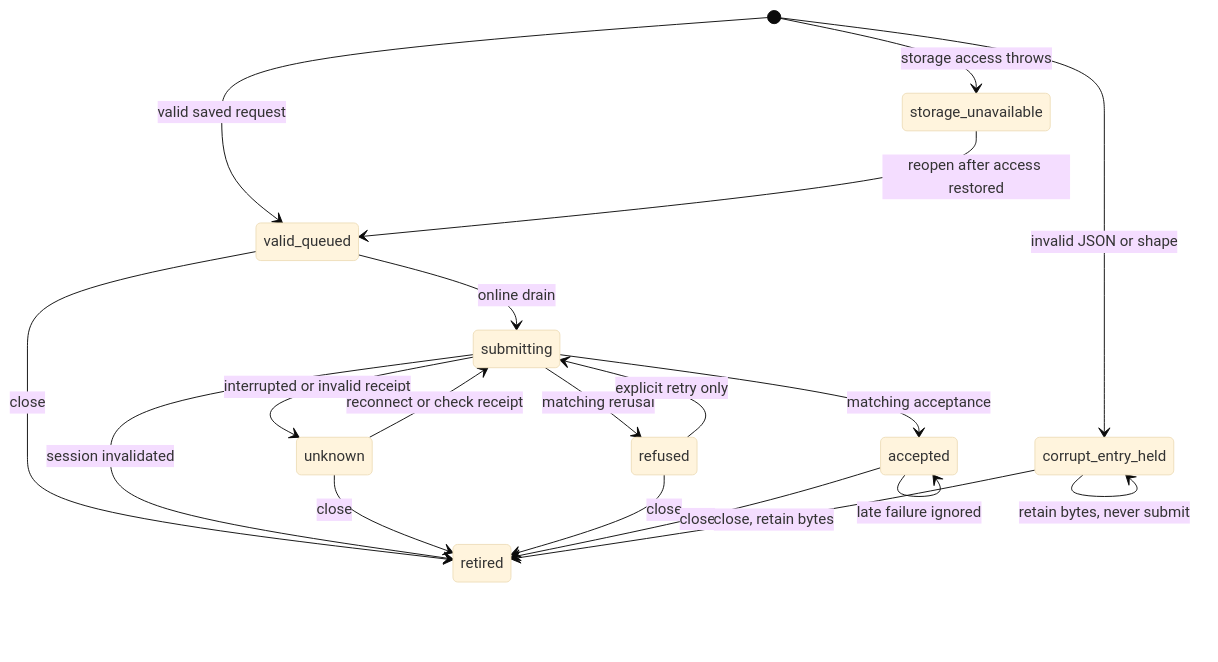
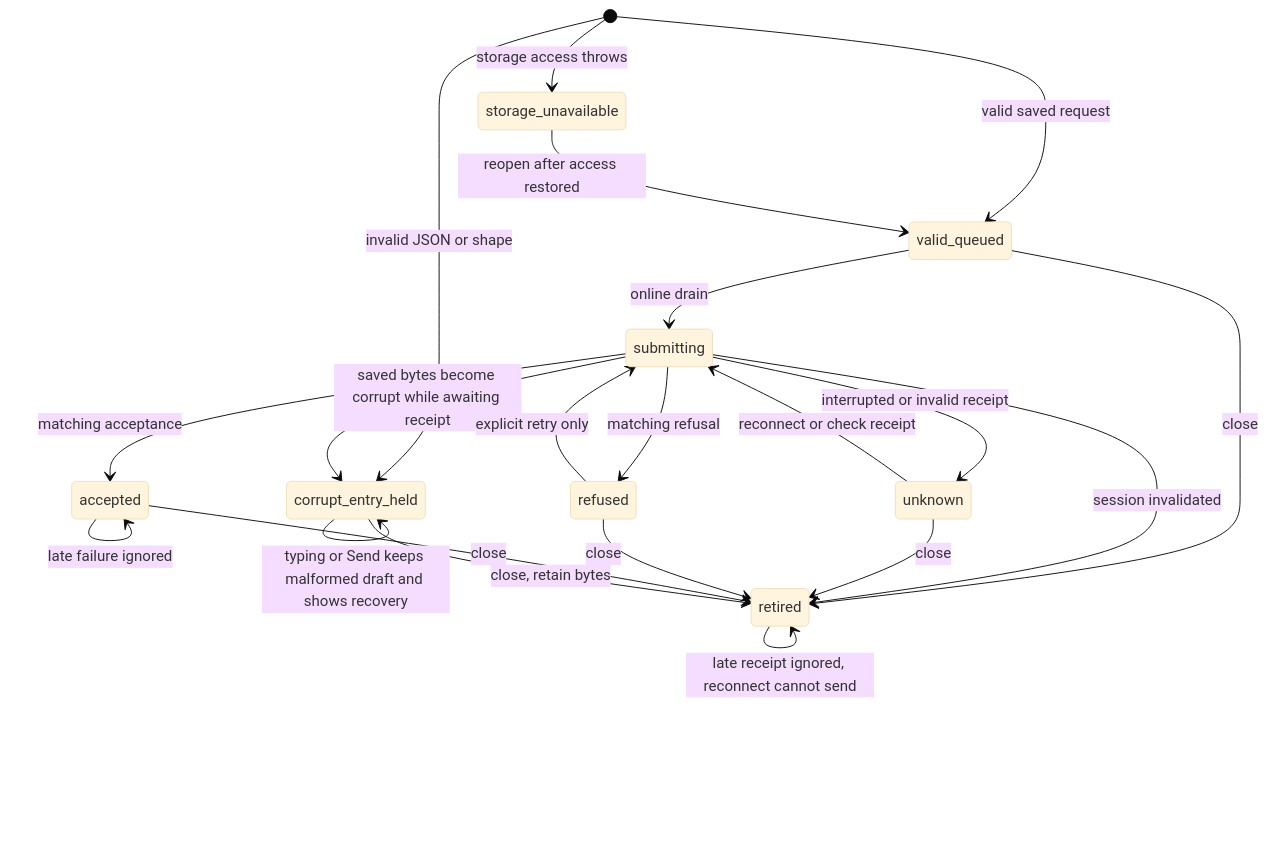
Before and after one commit to jbookout/doctorcre-app: the diagram in docs/statecharts/queued-asks-corrupt-entry-isolation.mmd, drawn with Mermaid (base theme). The commit also changed 3 other files, not shown here.

First line of the commit message:
fix(asks): hold corruption locally and report draft recovery

```diff
--- a/docs/statecharts/queued-asks-corrupt-entry-isolation.mmd
+++ b/docs/statecharts/queued-asks-corrupt-entry-isolation.mmd
@@ -1,19 +1,22 @@
 stateDiagram-v2
   [*] --> valid_queued: valid saved request
   [*] --> corrupt_entry_held: invalid JSON or shape
   [*] --> storage_unavailable: storage access throws
   valid_queued --> submitting: online drain
+  submitting --> corrupt_entry_held: saved bytes become corrupt while awaiting receipt
   submitting --> unknown: interrupted or invalid receipt
   submitting --> refused: matching refusal
   submitting --> accepted: matching acceptance
   unknown --> submitting: reconnect or check receipt
   refused --> submitting: explicit retry only
   accepted --> accepted: late failure ignored
   corrupt_entry_held --> corrupt_entry_held: retain bytes, never submit
   storage_unavailable --> valid_queued: reopen after access restored
   valid_queued --> retired: close
   submitting --> retired: session invalidated
   unknown --> retired: close
   refused --> retired: close
   accepted --> retired: close
   corrupt_entry_held --> retired: close, retain bytes
+  corrupt_entry_held --> corrupt_entry_held: typing or Send keeps malformed draft and shows recovery
+  retired --> retired: late receipt ignored, reconnect cannot send
```
